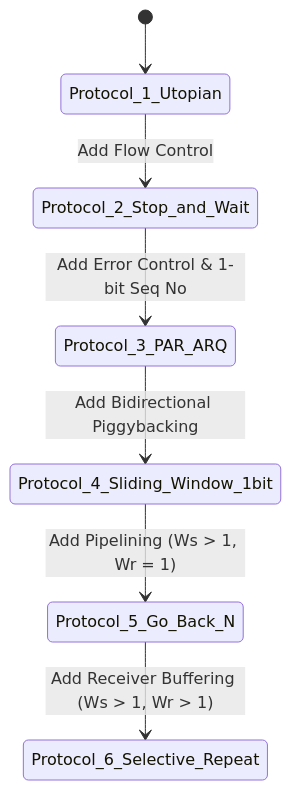
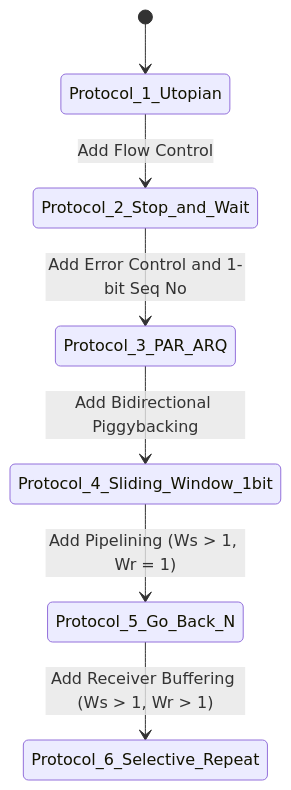
One commit to DeepLumiere/DeepSkills changed the second of 4 diagrams in notes/computer_networks/Chapter_3_Data_Link_Layer.md. Above: the diagram before and after it, drawn with Mermaid. The commit also changed 23 other files, not shown here.

First line of the commit message:
fix: sanitize all Mermaid 10.x diagrams and expand Microprocessors exam guide

````diff
--- a/notes/computer_networks/Chapter_3_Data_Link_Layer.md
+++ b/notes/computer_networks/Chapter_3_Data_Link_Layer.md
@@ -307,9 +307,9 @@
 ```mermaid
 stateDiagram-v2
     [*] --> Protocol_1_Utopian
     Protocol_1_Utopian --> Protocol_2_Stop_and_Wait : Add Flow Control
-    Protocol_2_Stop_and_Wait --> Protocol_3_PAR_ARQ : Add Error Control & 1-bit Seq No
+    Protocol_2_Stop_and_Wait --> Protocol_3_PAR_ARQ : Add Error Control and 1-bit Seq No
     Protocol_3_PAR_ARQ --> Protocol_4_Sliding_Window_1bit : Add Bidirectional Piggybacking
     Protocol_4_Sliding_Window_1bit --> Protocol_5_Go_Back_N : Add Pipelining (Ws > 1, Wr = 1)
     Protocol_5_Go_Back_N --> Protocol_6_Selective_Repeat : Add Receiver Buffering (Ws > 1, Wr > 1)
 ```
````
